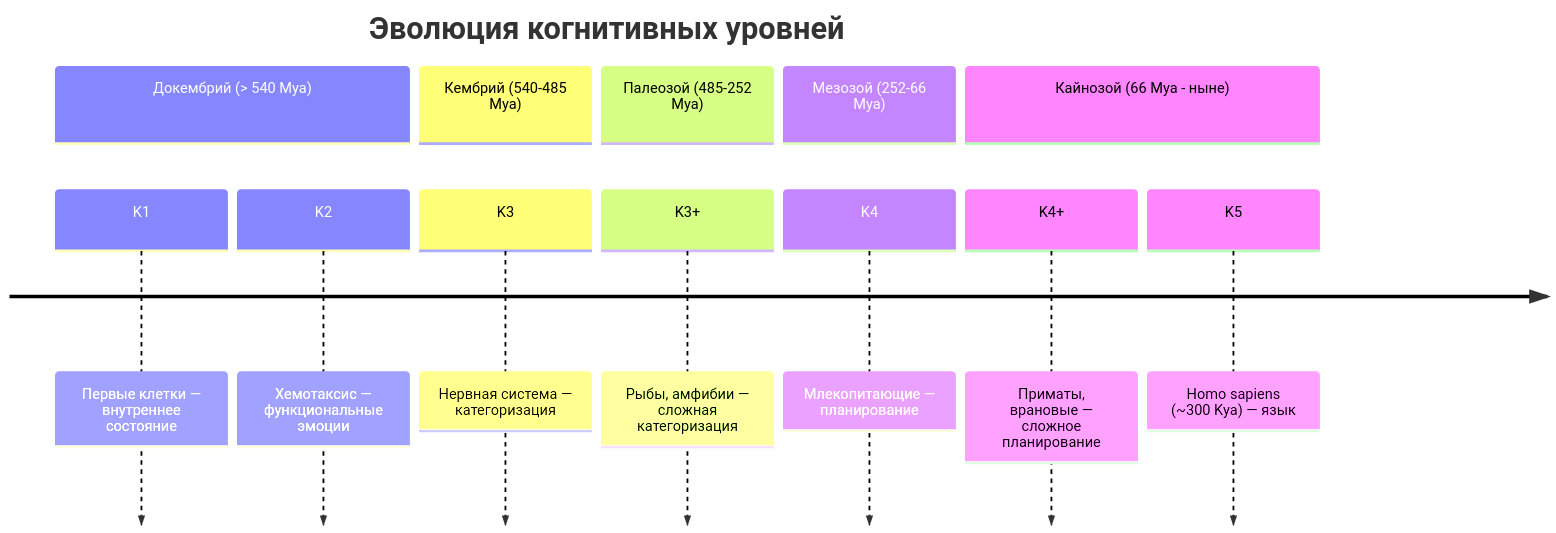
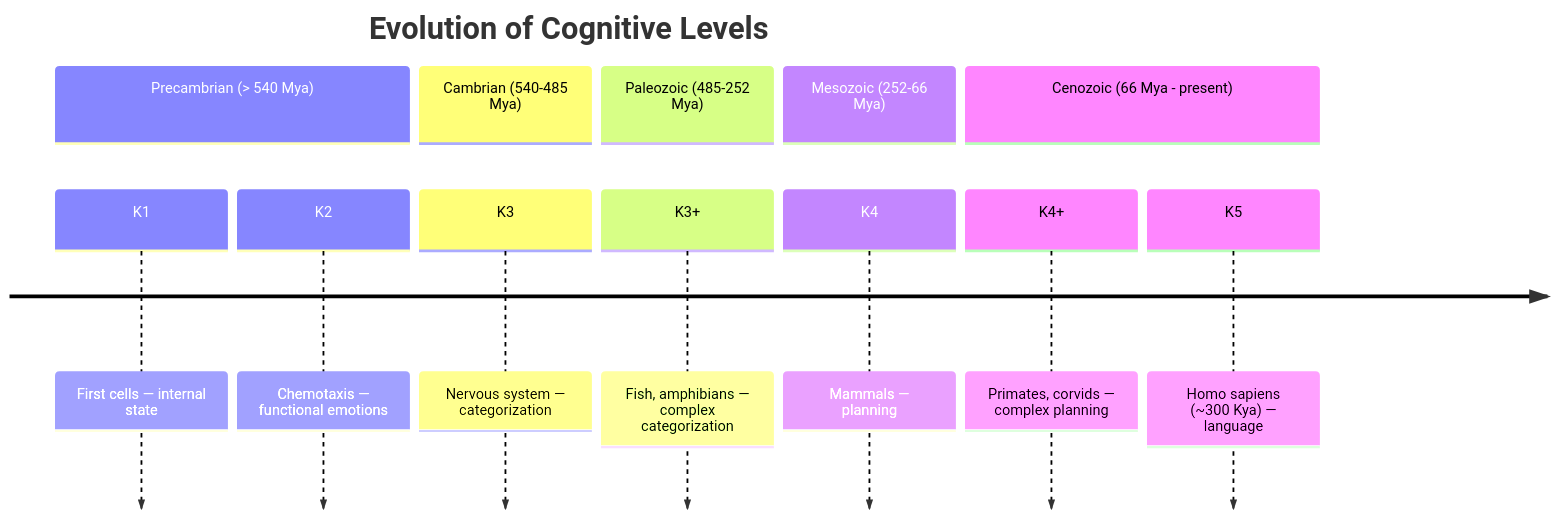
One commit to gst-st/uhm changed the second of 2 diagrams in website/docs/consciousness/comparative/cognitive-hierarchy.md. Above: the diagram before and after it, drawn with Mermaid. The commit also changed other lines of this file and 79 other files, not shown here.

````diff
--- a/website/docs/consciousness/comparative/cognitive-hierarchy.md
+++ b/website/docs/consciousness/comparative/cognitive-hierarchy.md
@@ -344,16 +344,16 @@
 ```mermaid
 timeline
-    title Эволюция когнитивных уровней
-    section Докембрий (> 540 Mya)
-        K1 : Первые клетки — внутреннее состояние
-        K2 : Хемотаксис — функциональные эмоции
-    section Кембрий (540-485 Mya)
-        K3 : Нервная система — категоризация
-    section Палеозой (485-252 Mya)
-        K3+ : Рыбы, амфибии — сложная категоризация
-    section Мезозой (252-66 Mya)
-        K4 : Млекопитающие — планирование
-    section Кайнозой (66 Mya - ныне)
-        K4+ : Приматы, врановые — сложное планирование
-        K5 : Homo sapiens (~300 Kya) — язык
+    title Evolution of Cognitive Levels
+    section Precambrian (> 540 Mya)
+        K1 : First cells — internal state
+        K2 : Chemotaxis — functional emotions
+    section Cambrian (540-485 Mya)
+        K3 : Nervous system — categorization
+    section Paleozoic (485-252 Mya)
+        K3+ : Fish, amphibians — complex categorization
+    section Mesozoic (252-66 Mya)
+        K4 : Mammals — planning
+    section Cenozoic (66 Mya - present)
+        K4+ : Primates, corvids — complex planning
+        K5 : Homo sapiens (~300 Kya) — language
 ```
````
